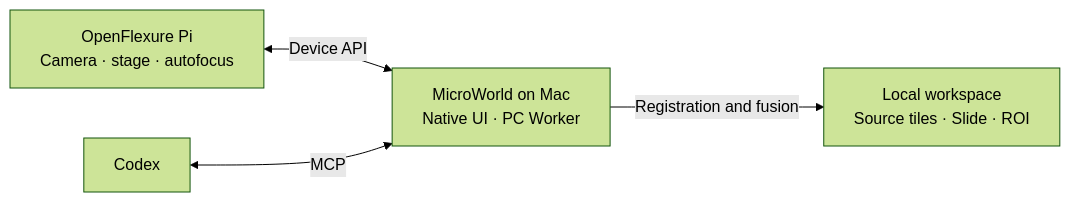
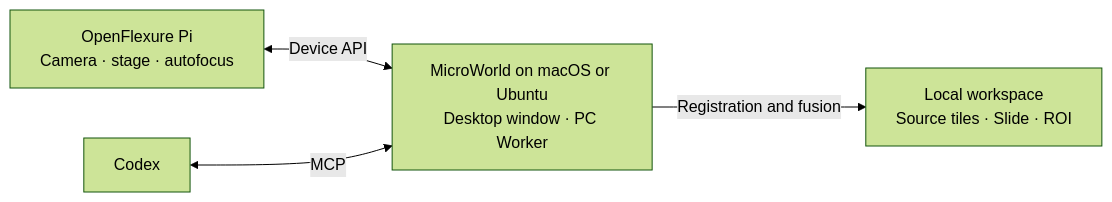
One commit to daviddaiiiii/MicroWorld changed the diagram in README.md. Above: the diagram before and after it, drawn with Mermaid (forest theme). The commit also changed other lines of this file and 15 other files, not shown here.

Commit message:
Ship the MicroWorld desktop preview for Ubuntu ARM64

````diff
--- a/README.md
+++ b/README.md
@@ -72,6 +71,6 @@
 ```mermaid
 flowchart LR
-    P["OpenFlexure Pi<br/>Camera · stage · autofocus"] <-->|"Device API"| M["MicroWorld on Mac<br/>Native UI · PC Worker"]
+    P["OpenFlexure Pi<br/>Camera · stage · autofocus"] <-->|"Device API"| M["MicroWorld on macOS or Ubuntu<br/>Desktop window · PC Worker"]
     M -->|"Registration and fusion"| W["Local workspace<br/>Source tiles · Slide · ROI"]
     C["Codex"] <-->|"MCP"| M
 ```
````
